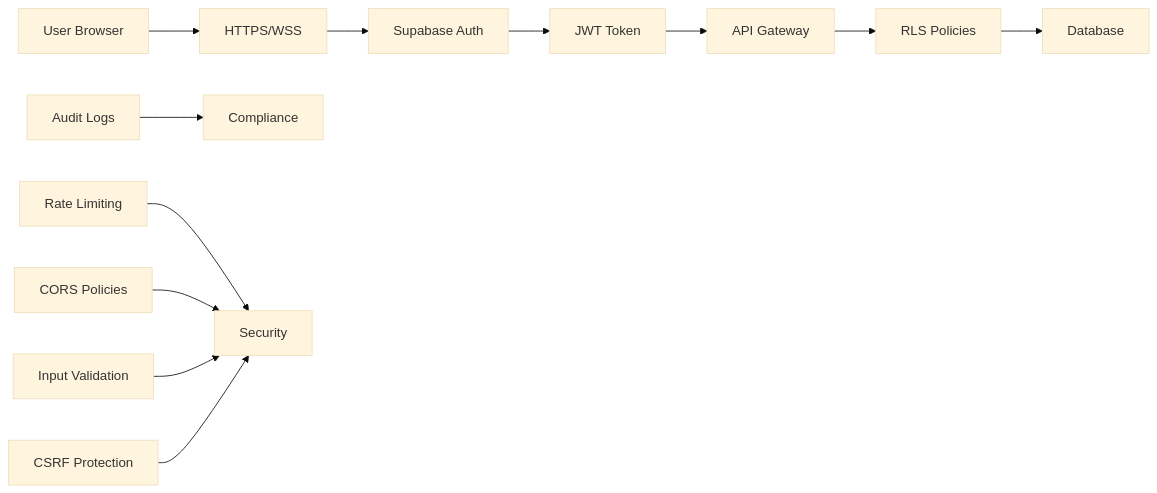
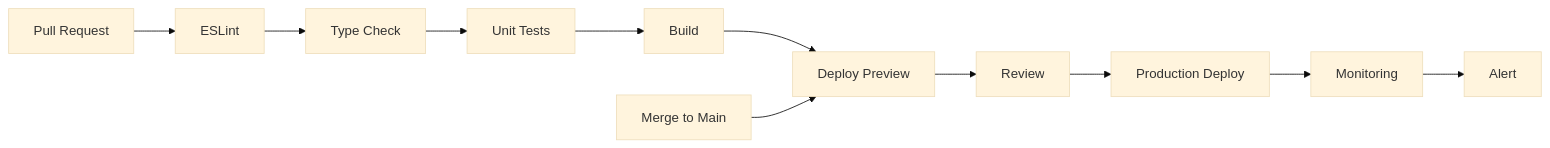
Before and after one commit to Panyagitlog/rthc-enterprise: the fifth of 5 diagrams in README.md, drawn with Mermaid (base theme). The commit also changed other lines of this file, not shown here.

Commit message:
user understand

````diff
--- a/README.md
+++ b/README.md
@@ -935,15 +643,14 @@
 ```mermaid
 flowchart LR
-    A[User Browser] --> B[HTTPS/WSS]
-    B --> C[Supabase Auth]
-    C --> D[JWT Token]
-    D --> E[API Gateway]
-    E --> F[RLS Policies]
-    F --> G[Database]
+    PR[Pull Request] --> Lint[ESLint]
+    Lint --> Type[Type Check]
+    Type --> Test[Unit Tests]
+    Test --> Build[Build]
+    Build --> Deploy[Deploy Preview]
     
-    H[Audit Logs] --> I[Compliance]
-    J[Rate Limiting] --> K[Security]
-    L[CORS Policies] --> K
-    M[Input Validation] --> K
-    N[CSRF Protection] --> K
+    Merge[Merge to Main] --> Deploy[Deploy Preview]
+    Deploy --> Review[Review]
+    Review --> Production[Production Deploy]
+    Production --> Monitor[Monitoring]
+    Monitor --> Alert[Alert]
 ```
````
